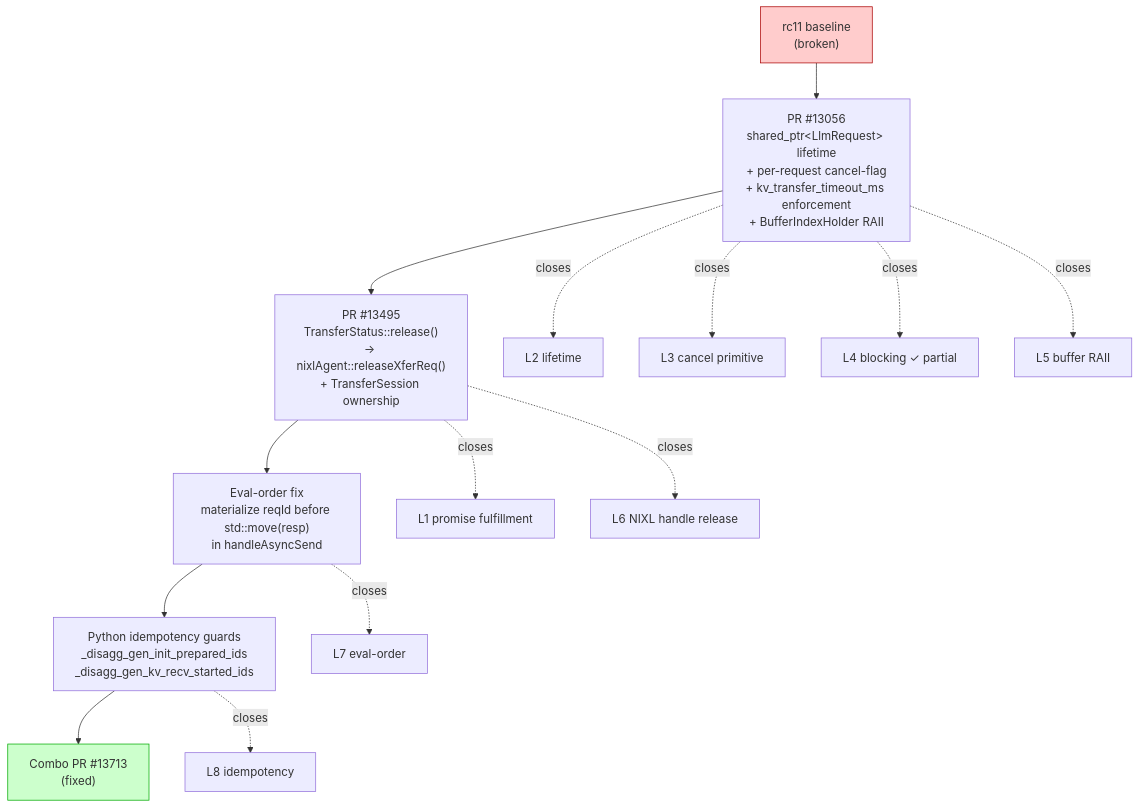
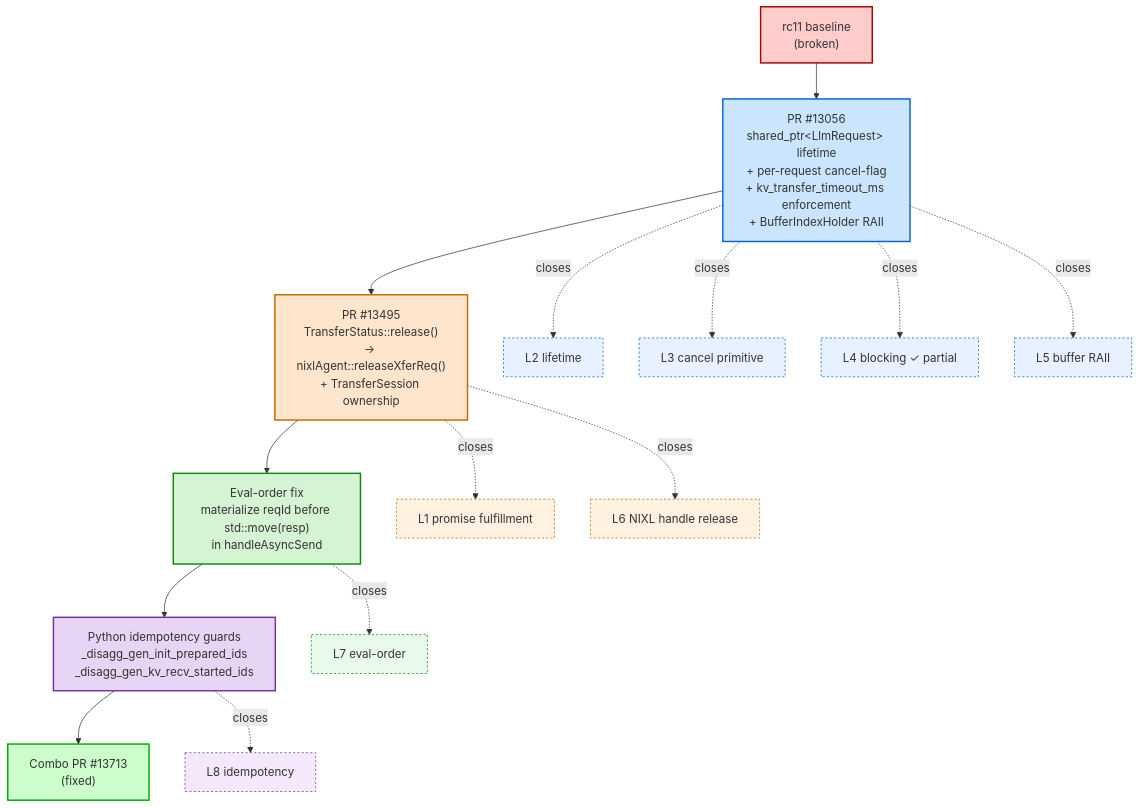
The second of 3 diagrams in docs/investigations/nvbug-6104831-disagg-permanent-wedge/00-tldr.md (chienchunhung/TensorRT-LLM), drawn with Mermaid before and after one commit. The commit also changed other lines of this file, not shown here.

````diff
--- a/docs/investigations/nvbug-6104831-disagg-permanent-wedge/00-tldr.md
+++ b/docs/investigations/nvbug-6104831-disagg-permanent-wedge/00-tldr.md
@@ -110,25 +124,42 @@
 ```mermaid
 graph TB
     rc11["rc11 baseline<br/>(broken)"]
 
     pr13056["PR #13056<br/>shared_ptr&lt;LlmRequest&gt; lifetime<br/>+ per-request cancel-flag<br/>+ kv_transfer_timeout_ms enforcement<br/>+ BufferIndexHolder RAII"]
     pr13495["PR #13495<br/>TransferStatus::release()<br/>→ nixlAgent::releaseXferReq()<br/>+ TransferSession ownership"]
     evalfix["Eval-order fix<br/>materialize reqId before std::move(resp)<br/>in handleAsyncSend"]
     pyguards["Python idempotency guards<br/>_disagg_gen_init_prepared_ids<br/>_disagg_gen_kv_recv_started_ids"]
 
     rc11 --> pr13056 --> pr13495 --> evalfix --> pyguards --> done["Combo PR #13713<br/>(fixed)"]
 
     pr13056 -.->|closes| L2[L2 lifetime]
     pr13056 -.->|closes| L3[L3 cancel primitive]
     pr13056 -.->|closes| L4[L4 blocking ✓ partial]
     pr13056 -.->|closes| L5[L5 buffer RAII]
     pr13495 -.->|closes| L1[L1 promise fulfillment]
     pr13495 -.->|closes| L6[L6 NIXL handle release]
     evalfix -.->|closes| L7[L7 eval-order]
     pyguards -.->|closes| L8[L8 idempotency]
 
-    classDef done fill:#cfc,stroke:#0a0
-    classDef broken fill:#fcc,stroke:#a00
+    classDef done fill:#cfc,stroke:#0a0,stroke-width:2px
+    classDef broken fill:#fcc,stroke:#a00,stroke-width:2px
+    classDef pr13056_color fill:#cce5ff,stroke:#0066cc,stroke-width:2px
+    classDef pr13495_color fill:#ffe5cc,stroke:#cc6600,stroke-width:2px
+    classDef evalfix_color fill:#d4f4d4,stroke:#0a8a0a,stroke-width:2px
+    classDef pyguards_color fill:#e8d4f4,stroke:#7030a0,stroke-width:2px
+    classDef pr13056_layer fill:#e8f1ff,stroke:#0066cc,stroke-dasharray:3 3
+    classDef pr13495_layer fill:#fff1e0,stroke:#cc6600,stroke-dasharray:3 3
+    classDef evalfix_layer fill:#e8faea,stroke:#0a8a0a,stroke-dasharray:3 3
+    classDef pyguards_layer fill:#f4e8fa,stroke:#7030a0,stroke-dasharray:3 3
+
     class done done
     class rc11 broken
+    class pr13056 pr13056_color
+    class pr13495 pr13495_color
+    class evalfix evalfix_color
+    class pyguards pyguards_color
+    class L2,L3,L4,L5 pr13056_layer
+    class L1,L6 pr13495_layer
+    class L7 evalfix_layer
+    class L8 pyguards_layer
 ```
````
